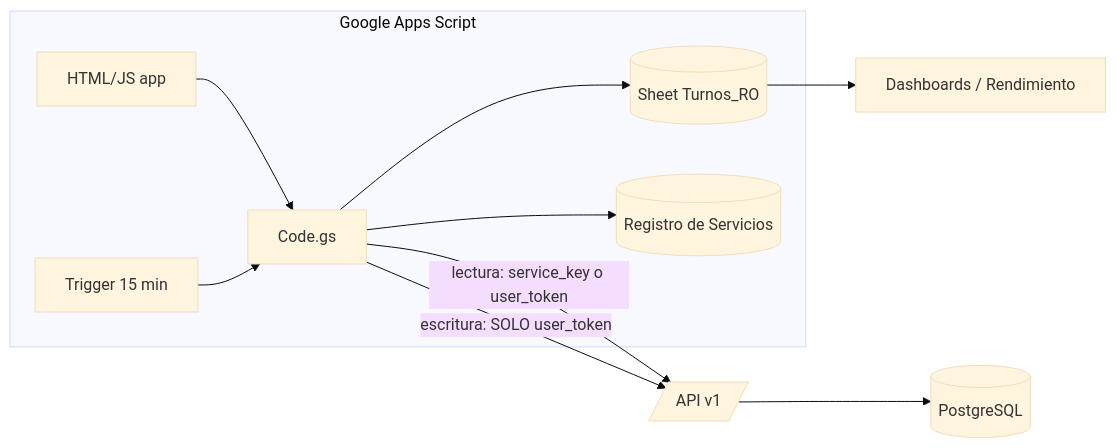
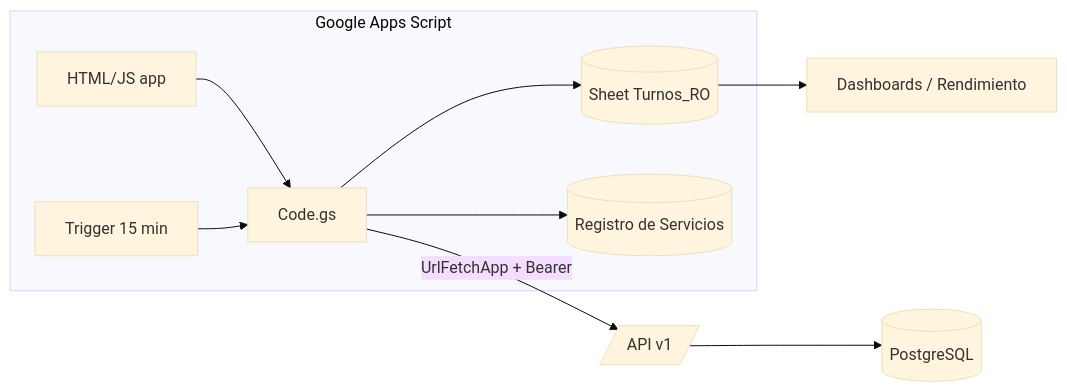
Before and after one commit to voviedomontana/TurnosMerivo: the first of 2 diagrams in docs/07_GOOGLE_APPS_SCRIPT_INTEGRATION.md, drawn with Mermaid (base theme). The commit also changed other lines of this file and 304 other files, not shown here.

````diff
--- a/docs/07_GOOGLE_APPS_SCRIPT_INTEGRATION.md
+++ b/docs/07_GOOGLE_APPS_SCRIPT_INTEGRATION.md
@@ -23,13 +27,12 @@
 ```mermaid
 flowchart LR
   subgraph GAS[Google Apps Script]
     UI[HTML/JS app] --> CG[Code.gs]
     TR[Trigger 15 min] --> CG
     CG --> RO[(Sheet Turnos_RO)]
     CG --> SR[(Registro de Servicios)]
   end
-  CG -- "lectura: service_key o user_token" --> API[/API v1/]
-  CG -- "escritura: SOLO user_token" --> API
+  CG -- "UrlFetchApp + Bearer" --> API[/API v1/]
   API --> DB[(PostgreSQL)]
   RO --> DASH[Dashboards / Rendimiento]
 ```
````
